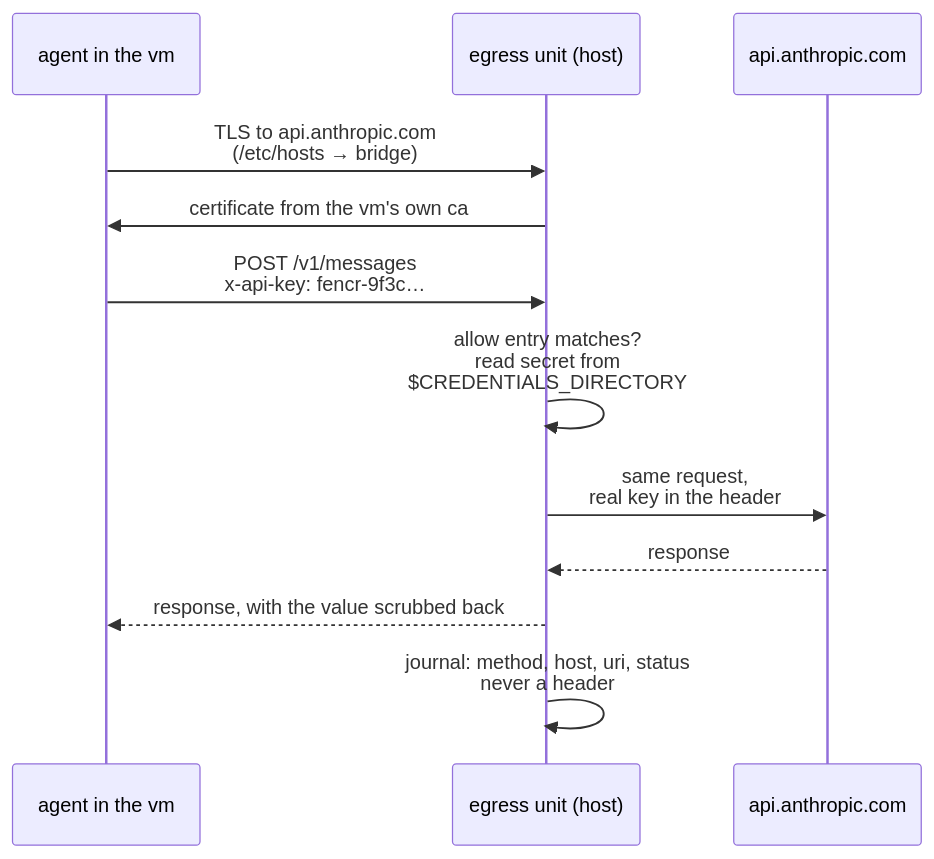
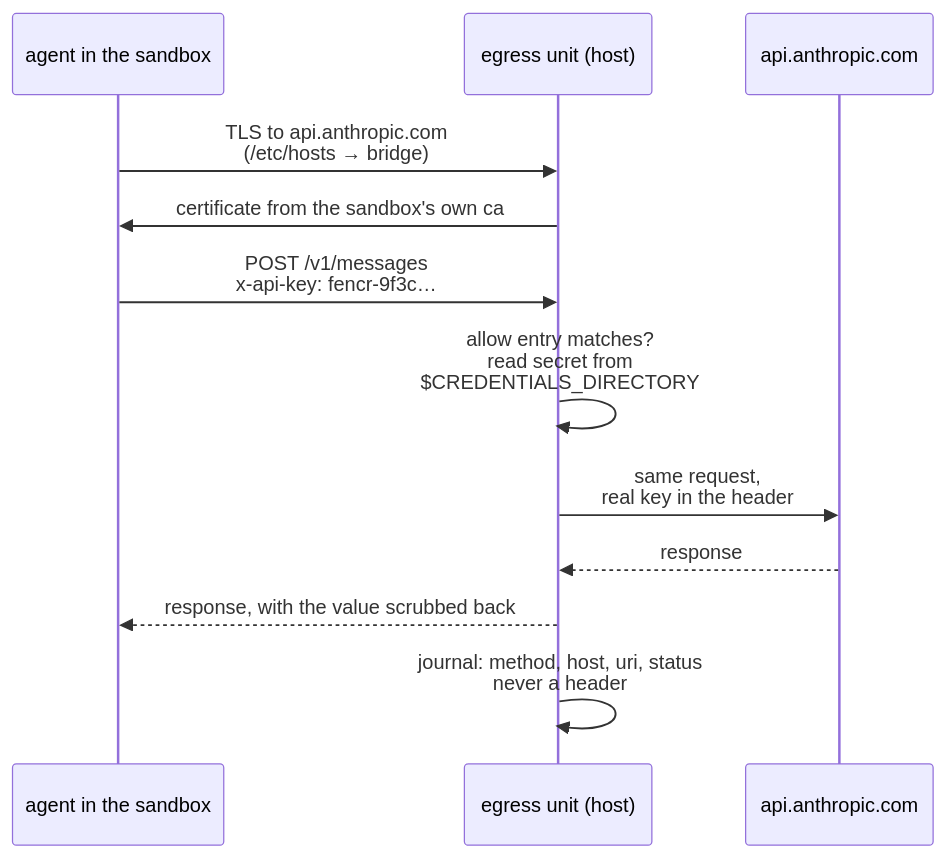
The second of 2 diagrams in docs/overview.md (fosskar/fencr), drawn with Mermaid before and after one commit. The commit also changed other lines of this file and 35 other files, not shown here.

````diff
--- a/docs/overview.md
+++ b/docs/overview.md
@@ -136,14 +136,14 @@
 ```mermaid
 sequenceDiagram
-  participant A as agent in the vm
+  participant A as agent in the sandbox
   participant E as egress unit (host)
   participant U as api.anthropic.com
   A->>E: TLS to api.anthropic.com<br/>(/etc/hosts → bridge)
-  E->>A: certificate from the vm's own ca
+  E->>A: certificate from the sandbox's own ca
   A->>E: POST /v1/messages<br/>x-api-key: fencr-9f3c…
   E->>E: allow entry matches?<br/>read secret from<br/>$CREDENTIALS_DIRECTORY
   E->>U: same request,<br/>real key in the header
   U-->>E: response
   E-->>A: response, with the value scrubbed back
   E->>E: journal: method, host, uri, status<br/>never a header
 ```
````
